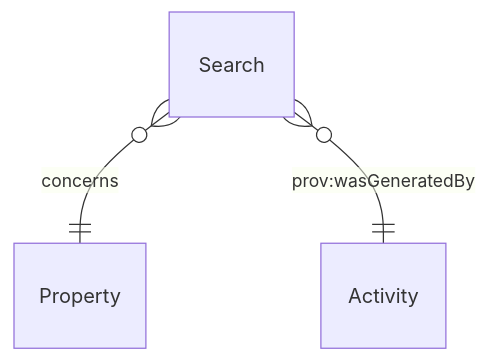
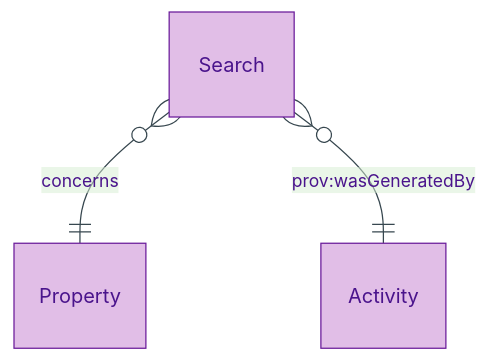
Before and after one commit to sparkling/opda: the first of 2 diagrams in docs/manual/logical/descriptive/search.md, drawn with Mermaid. The commit also changed other lines of this file and 179 other files, not shown here.

First line of the commit message:
docs(manual): Logical-tier diagram expansion via /diagramming skill

````diff
--- a/docs/manual/logical/descriptive/search.md
+++ b/docs/manual/logical/descriptive/search.md
@@ -30,5 +35,9 @@
 ```mermaid
+%%{init: {"theme": "base", "themeVariables": {"primaryColor": "#E1BEE7", "primaryTextColor": "#4A148C", "primaryBorderColor": "#6A1B9A", "lineColor": "#37474F"}}}%%
 erDiagram
+    accTitle: Search — Entity-Relationship Diagram
+    accDescr: Search — concerns a Property and carries PROV-O wasGeneratedBy to issuing local-authority Activity (CON29R, LLC1, environmental, flood, coal-mining searches).
+
     Search }o--|| Property : "concerns"
     Search }o--|| Activity : "prov:wasGeneratedBy"
 ```
````
